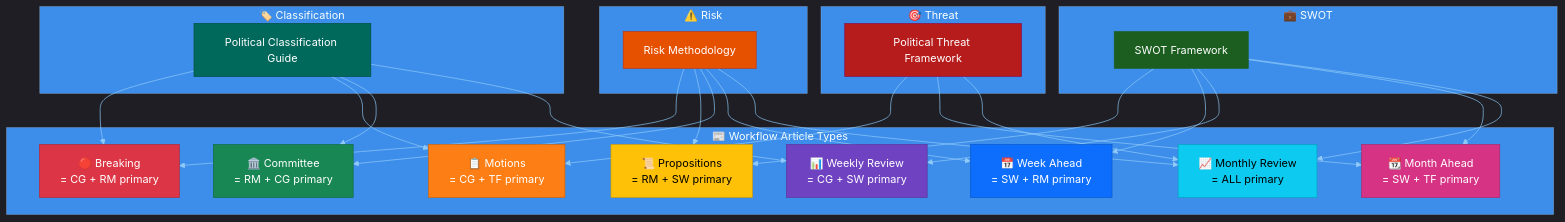
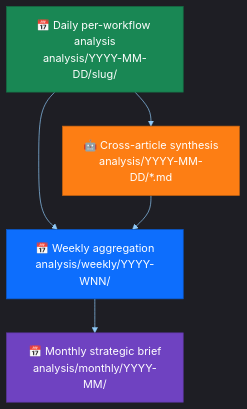
The seventh of 7 diagrams in docs/api/media/README-4.md (Hack23/euparliamentmonitor), drawn with Mermaid before and after one commit. The commit also changed other lines of this file and 1391 other files, not shown here.

````diff
--- a/docs/api/media/README-4.md
+++ b/docs/api/media/README-4.md
@@ -847,45 +677,13 @@
 ```mermaid
 %%{init: {"theme":"dark","themeVariables":{"primaryColor":"#1565C0","primaryTextColor":"#ffffff","primaryBorderColor":"#0A3F7F","lineColor":"#90CAF9","secondaryColor":"#2E7D32","secondaryTextColor":"#ffffff","secondaryBorderColor":"#0F3F00","tertiaryColor":"#FF9800","tertiaryTextColor":"#000000","tertiaryBorderColor":"#7F4F00","mainBkg":"#1565C0","secondBkg":"#2E7D32","tertiaryBkg":"#FF9800","noteBkgColor":"#FFC107","noteTextColor":"#000000","noteBorderColor":"#7F6000","errorBkgColor":"#D32F2F","errorTextColor":"#ffffff","fontFamily":"Inter, Helvetica, Arial, sans-serif","pie1":"#1565C0","pie2":"#2E7D32","pie3":"#FF9800","pie4":"#D32F2F","pie5":"#FFC107","pie6":"#7B1FA2","pie7":"#9E9E9E","pie8":"#0288D1","pie9":"#388E3C","pie10":"#F57C00","pie11":"#C62828","pie12":"#FBC02D","pieTitleTextSize":"18px","pieSectionTextSize":"14px","pieLegendTextSize":"13px","pieStrokeColor":"#1e1e1e","pieOuterStrokeColor":"#1e1e1e","git0":"#1565C0","git1":"#2E7D32","git2":"#FF9800","git3":"#D32F2F","gitBranchLabel0":"#ffffff","gitBranchLabel1":"#ffffff","gitBranchLabel2":"#000000","gitBranchLabel3":"#ffffff","cScale0":"#1565C0","cScale1":"#2E7D32","cScale2":"#FF9800","cScale3":"#D32F2F","cScale4":"#FFC107","cScale5":"#7B1FA2","cScale6":"#9E9E9E","cScale7":"#0288D1","xyChart":{"backgroundColor":"#1e1e1e","plotColorPalette":"#1565C0,#2E7D32,#FF9800,#D32F2F,#FFC107,#7B1FA2,#9E9E9E"}}}}%%
 flowchart TD
-    subgraph "🏷️ Classification"
-        CG["Political Classification Guide"]
-    end
-    subgraph "⚠️ Risk"
-        RM["Risk Methodology"]
-    end
-    subgraph "🎯 Threat"
-        TF["Political Threat Framework"]
-    end
-    subgraph "💼 SWOT"
-        SW["SWOT Framework"]
-    end
+    D["📅 Daily per-workflow analysis\nanalysis/YYYY-MM-DD/slug/"] --> W["📅 Weekly aggregation\nanalysis/weekly/YYYY-WNN/"]
+    W --> M["📅 Monthly strategic brief\nanalysis/monthly/YYYY-MM/"]
+    D --> SYN["🤖 Cross-article synthesis\nanalysis/YYYY-MM-DD/*.md"]
+    SYN --> W
 
-    subgraph "📰 Workflow Article Types"
-        BK["🔴 Breaking\n= CG + RM primary"]
-        MO["📋 Motions\n= CG + TF primary"]
-        PR["📜 Propositions\n= RM + SW primary"]
-        CR["🏛️ Committee\n= RM + CG primary"]
-        WA["📅 Week Ahead\n= SW + RM primary"]
-        WR["📊 Weekly Review\n= CG + SW primary"]
-        MA["📆 Month Ahead\n= SW + TF primary"]
-        MR["📈 Monthly Review\n= ALL primary"]
-    end
-
-    CG --> BK & MO & CR & WR
-    RM --> BK & PR & CR & WA & MR
-    TF --> MO & MA & MR
-    SW --> PR & WA & WR & MA & MR
-
-    style CG fill:#00695C,stroke:#004D40,color:#fff
-    style RM fill:#E65100,stroke:#BF360C,color:#fff
-    style TF fill:#B71C1C,stroke:#880E4F,color:#fff
-    style SW fill:#1B5E20,stroke:#1B5E20,color:#fff
-    style BK fill:#dc3545,stroke:#b02a37,color:#fff
-    style MO fill:#fd7e14,stroke:#ca6510,color:#fff
-    style PR fill:#ffc107,stroke:#cc9a06,color:#000
-    style CR fill:#198754,stroke:#146c43,color:#fff
-    style WA fill:#0d6efd,stroke:#0a58ca,color:#fff
-    style WR fill:#6f42c1,stroke:#59359a,color:#fff
-    style MA fill:#d63384,stroke:#ab296a,color:#fff
-    style MR fill:#0dcaf0,stroke:#0aa2c0,color:#000
+    style D fill:#198754,stroke:#146c43,color:#fff
+    style W fill:#0d6efd,stroke:#0a58ca,color:#fff
+    style M fill:#6f42c1,stroke:#59359a,color:#fff
+    style SYN fill:#fd7e14,stroke:#ca6510,color:#fff
 ```
````
